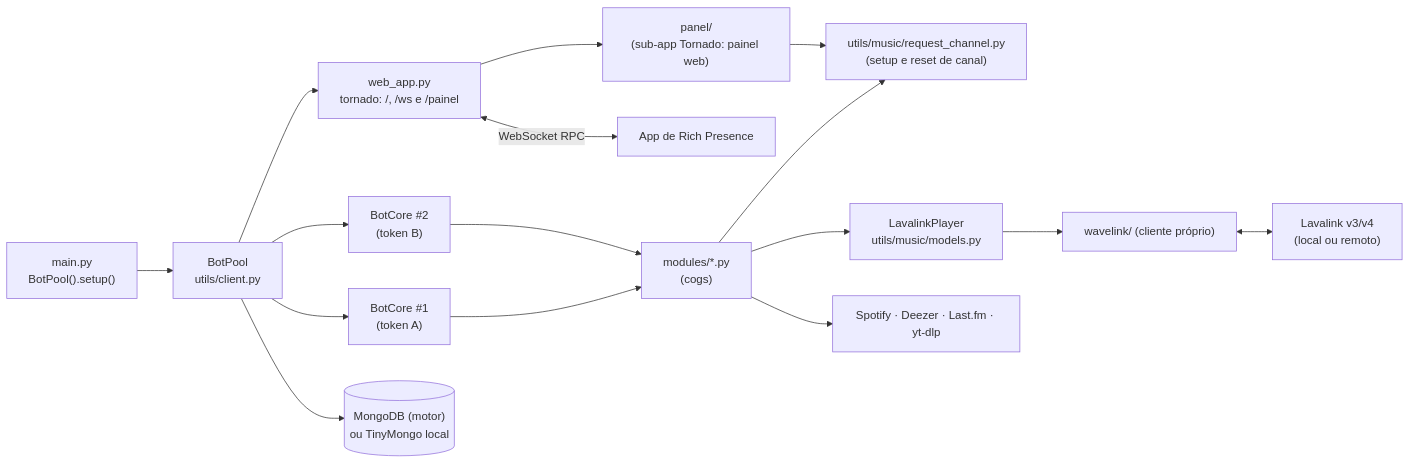
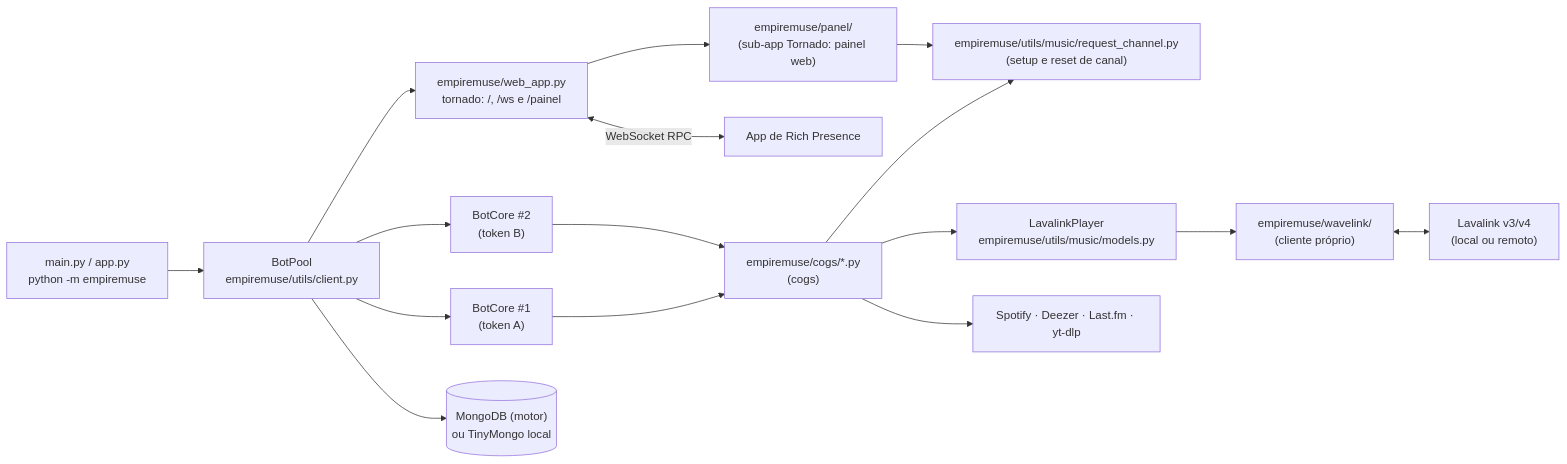
Before and after one commit to DEVenur/EmpireMuse: the diagram in docs/architecture.md, drawn with Mermaid. The commit also changed other lines of this file and 4 other files, not shown here.

````diff
--- a/docs/architecture.md
+++ b/docs/architecture.md
@@ -13,17 +13,17 @@
 ```mermaid
 flowchart LR
-    main["main.py<br/>BotPool().setup()"] --> pool["BotPool<br/>utils/client.py"]
+    entry["main.py / app.py<br/>python -m empiremuse"] --> pool["BotPool<br/>empiremuse/utils/client.py"]
     pool --> b1["BotCore #1<br/>(token A)"]
     pool --> b2["BotCore #2<br/>(token B)"]
-    pool --> web["web_app.py<br/>tornado: /, /ws e /painel"]
+    pool --> web["empiremuse/web_app.py<br/>tornado: /, /ws e /painel"]
     pool --> db[("MongoDB (motor)<br/>ou TinyMongo local")]
-    b1 & b2 --> cogs["modules/*.py<br/>(cogs)"]
-    cogs --> req["utils/music/request_channel.py<br/>(setup e reset de canal)"]
-    cogs --> player["LavalinkPlayer<br/>utils/music/models.py"]
-    player --> wl["wavelink/ (cliente próprio)"]
+    b1 & b2 --> cogs["empiremuse/cogs/*.py<br/>(cogs)"]
+    cogs --> req["empiremuse/utils/music/request_channel.py<br/>(setup e reset de canal)"]
+    cogs --> player["LavalinkPlayer<br/>empiremuse/utils/music/models.py"]
+    player --> wl["empiremuse/wavelink/<br/>(cliente próprio)"]
     wl <--> ll["Lavalink v3/v4<br/>(local ou remoto)"]
     cogs --> ext["Spotify · Deezer · Last.fm · yt-dlp"]
     web <-->|"WebSocket RPC"| rpc["App de Rich Presence"]
-    web --> panel["panel/<br/>(sub-app Tornado: painel web)"]
+    web --> panel["empiremuse/panel/<br/>(sub-app Tornado: painel web)"]
     panel --> req
 ```
````
